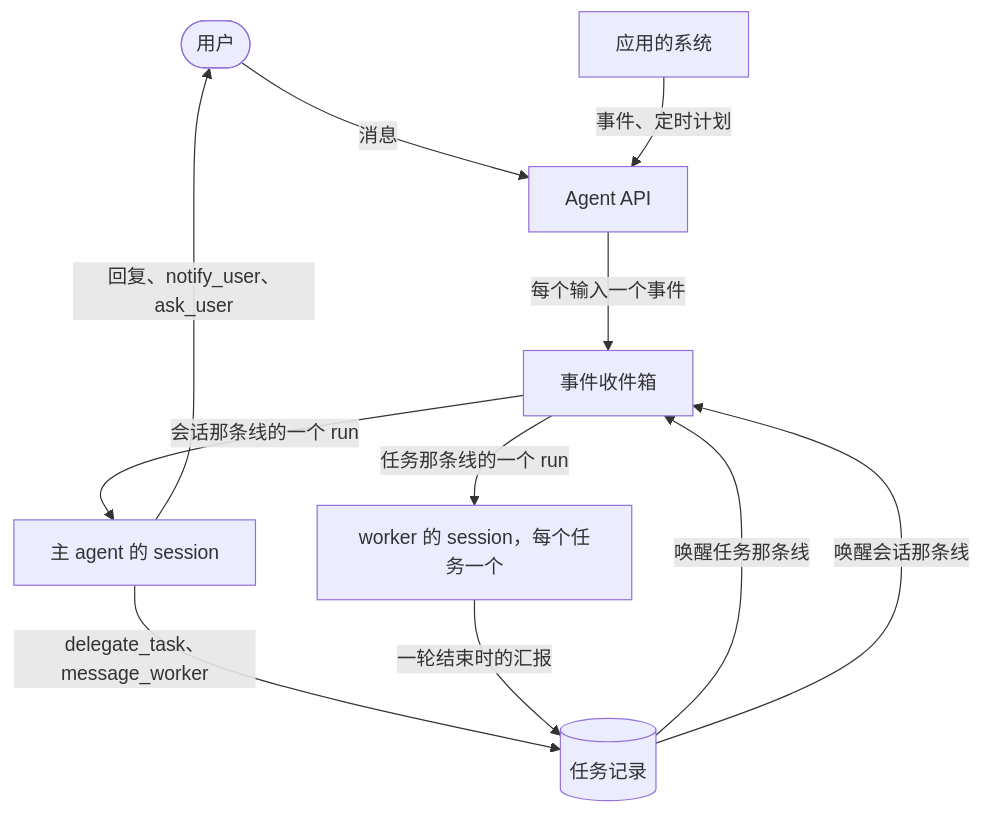
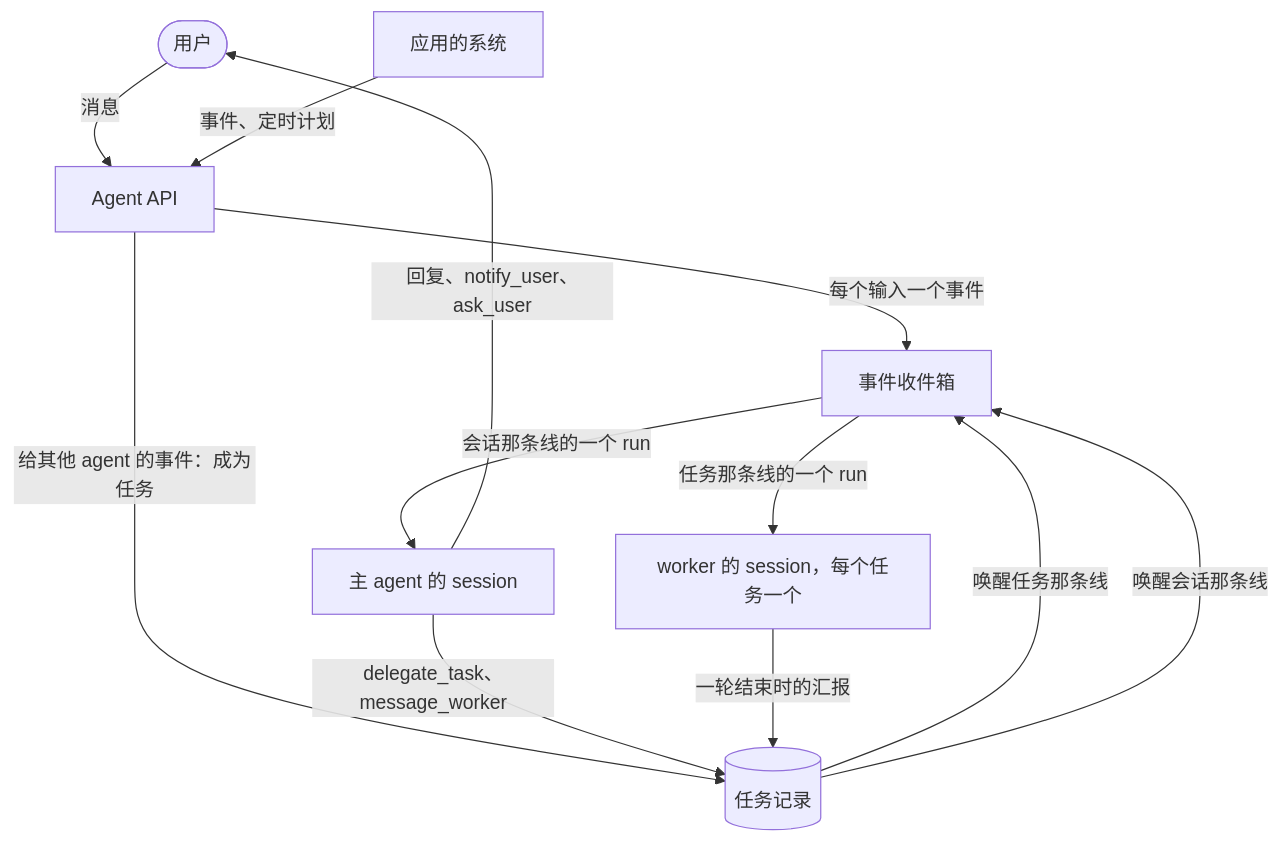
The diagram in proactive-agent/docs/zh/main-agent.md (joannaann0213-coder/Agent-research), drawn with Mermaid before and after one commit. The commit also changed other lines of this file and 23 other files, not shown here.

````diff
--- a/proactive-agent/docs/zh/main-agent.md
+++ b/proactive-agent/docs/zh/main-agent.md
@@ -11,13 +11,14 @@
 ```mermaid
 flowchart TD
     user(["用户"]) -- "消息" --> api["Agent API"]
     systems["应用的系统"] -- "事件、定时计划" --> api
     api -- "每个输入一个事件" --> inbox["事件收件箱"]
+    api -- "给其他 agent 的事件：成为任务" --> notes
     inbox -- "会话那条线的一个 run" --> main["主 agent 的 session"]
     main -- "delegate_task、message_worker" --> notes[("任务记录")]
     notes -- "唤醒任务那条线" --> inbox
     inbox -- "任务那条线的一个 run" --> worker["worker 的 session，每个任务一个"]
     worker -- "一轮结束时的汇报" --> notes
     notes -- "唤醒会话那条线" --> inbox
     main -- "回复、notify_user、ask_user" --> user
 ```
````
